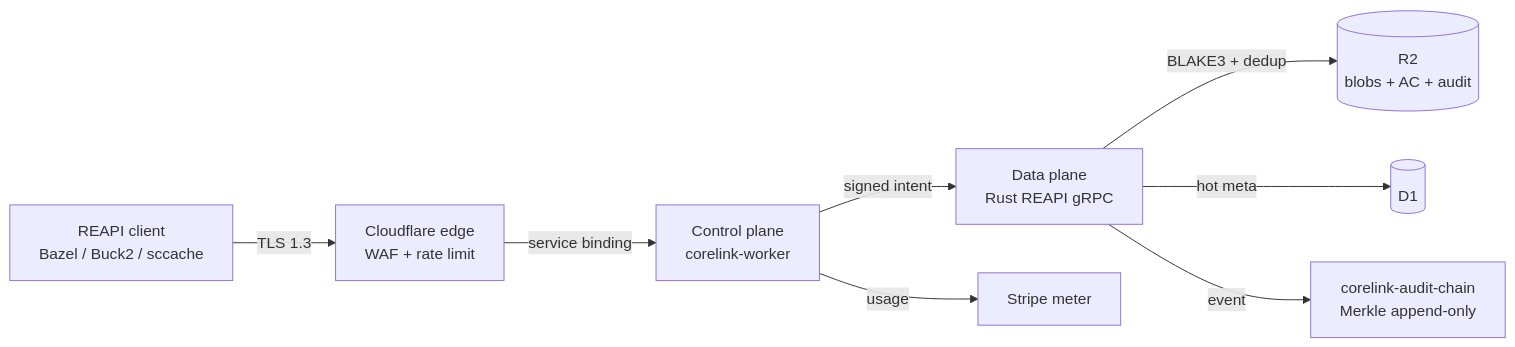
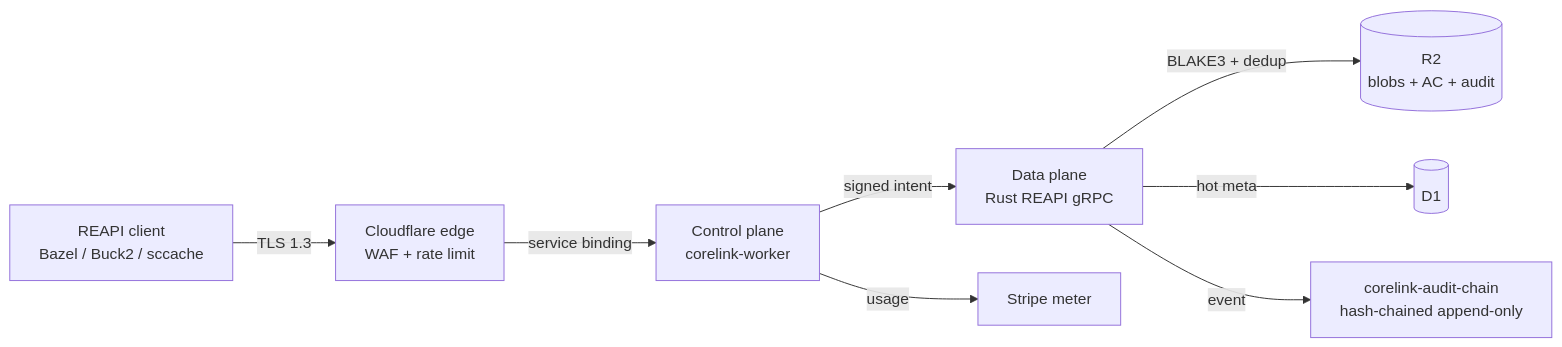
The diagram in README.md (HuGR-Labs/corelink-server), drawn with Mermaid before and after one commit. The commit also changed other lines of this file and 8 other files, not shown here.

````diff
--- a/README.md
+++ b/README.md
@@ -297,10 +298,10 @@
 ```mermaid
 flowchart LR
     client[REAPI client<br/>Bazel / Buck2 / sccache] -->|TLS 1.3| edge[Cloudflare edge<br/>WAF + rate limit]
     edge -->|service binding| cp[Control plane<br/>corelink-worker]
     cp -->|signed intent| dp[Data plane<br/>Rust REAPI gRPC]
     dp -->|BLAKE3 + dedup| r2[(R2<br/>blobs + AC + audit)]
     dp -->|hot meta| d1[(D1)]
-    dp -->|event| ac[corelink-audit-chain<br/>Merkle append-only]
+    dp -->|event| ac[corelink-audit-chain<br/>hash-chained append-only]
     cp -->|usage| billing[Stripe meter]
 ```
````
